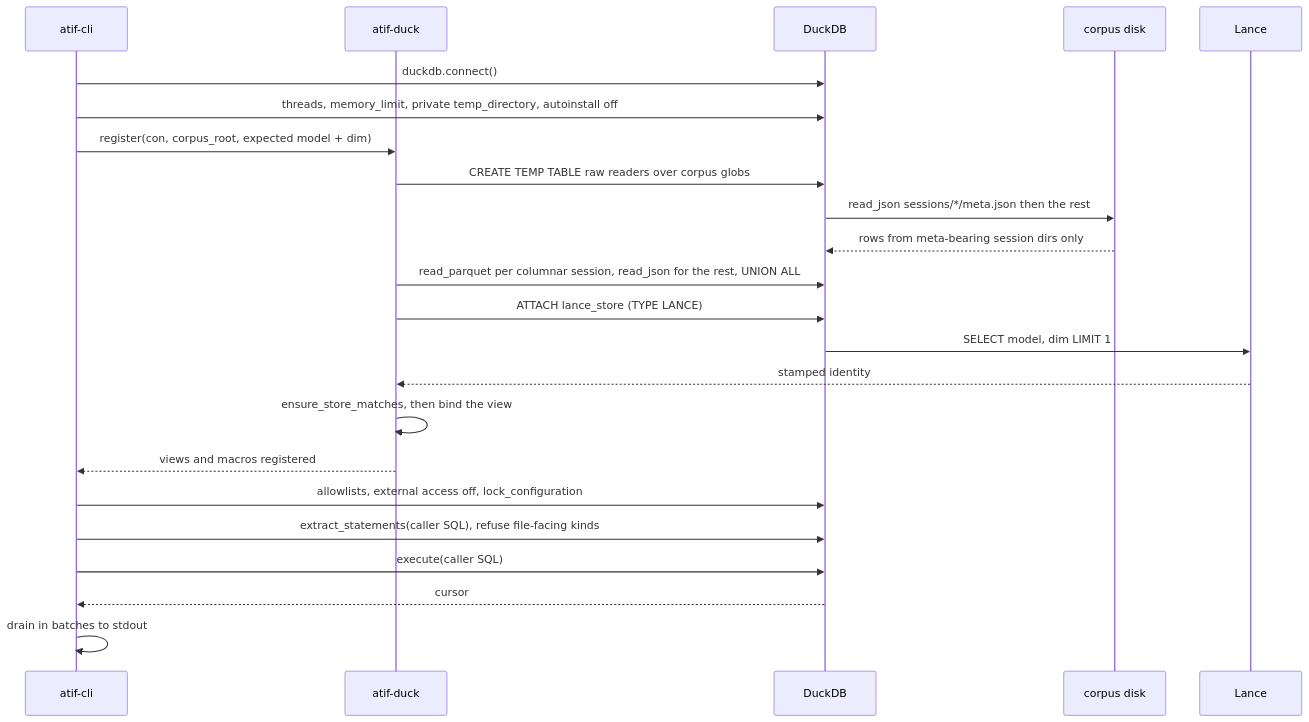
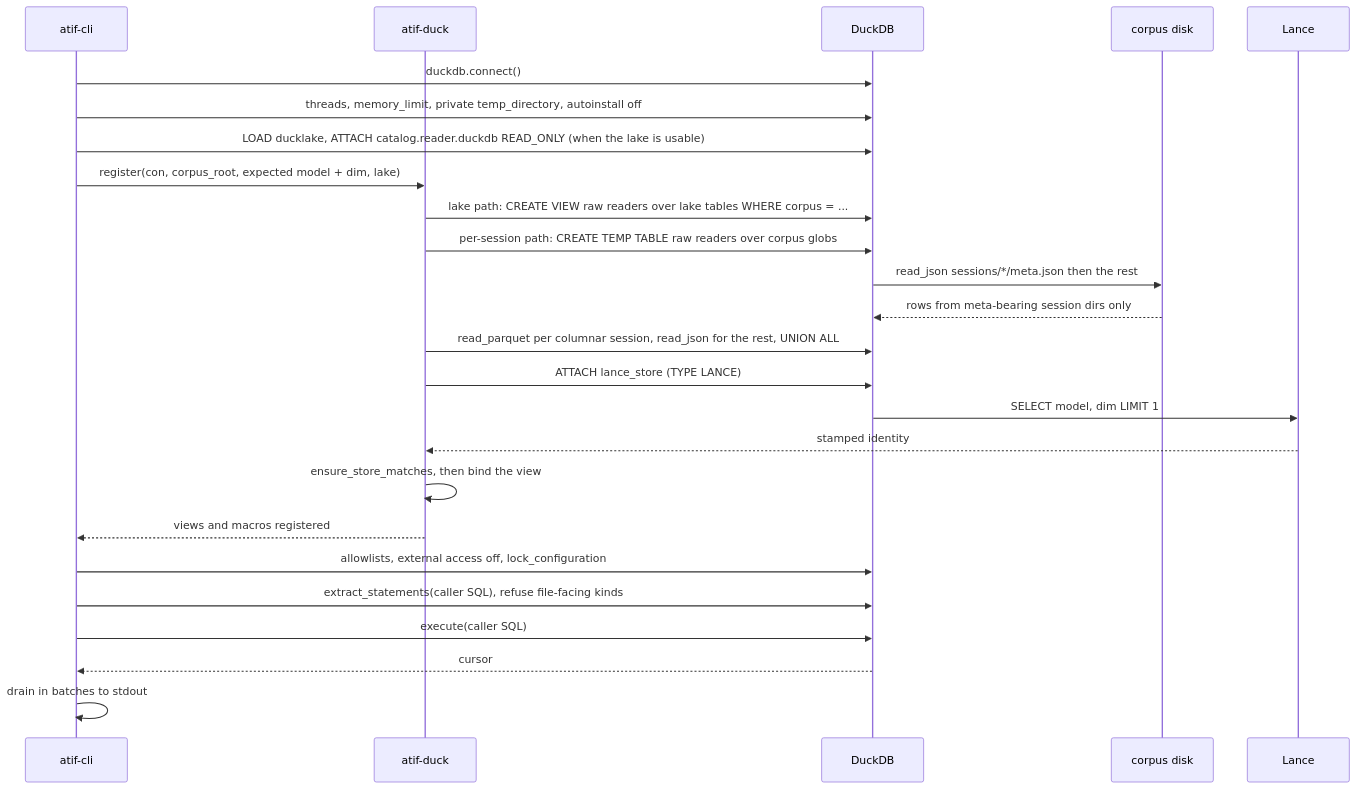
Before and after one commit to laithalsaadoon/atif-sql: the second of 3 diagrams in docs/architecture/data-flow.md, drawn with Mermaid. The commit also changed other lines of this file and 5 other files, not shown here.

Commit message:
docs: the DuckLake storage, the SessionSink port and the lake commands

````diff
--- a/docs/architecture/data-flow.md
+++ b/docs/architecture/data-flow.md
@@ -121,25 +156,27 @@
 ```mermaid
 sequenceDiagram
     participant CLI as atif-cli
     participant Duck as atif-duck
     participant DB as DuckDB
     participant Disk as corpus disk
 
     CLI->>DB: duckdb.connect()
     CLI->>DB: threads, memory_limit, private temp_directory, autoinstall off
-    CLI->>Duck: register(con, corpus_root, expected model + dim)
-    Duck->>DB: CREATE TEMP TABLE raw readers over corpus globs
+    CLI->>DB: LOAD ducklake, ATTACH catalog.reader.duckdb READ_ONLY (when the lake is usable)
+    CLI->>Duck: register(con, corpus_root, expected model + dim, lake)
+    Duck->>DB: lake path: CREATE VIEW raw readers over lake tables WHERE corpus = ...
+    Duck->>DB: per-session path: CREATE TEMP TABLE raw readers over corpus globs
     DB->>Disk: read_json sessions/*/meta.json then the rest
     Disk-->>DB: rows from meta-bearing session dirs only
     Duck->>DB: read_parquet per columnar session, read_json for the rest, UNION ALL
     Duck->>DB: ATTACH lance_store (TYPE LANCE)
     DB->>Lance: SELECT model, dim LIMIT 1
     Lance-->>Duck: stamped identity
     Duck->>Duck: ensure_store_matches, then bind the view
     Duck-->>CLI: views and macros registered
     CLI->>DB: allowlists, external access off, lock_configuration
     CLI->>DB: extract_statements(caller SQL), refuse file-facing kinds
     CLI->>DB: execute(caller SQL)
     DB-->>CLI: cursor
     CLI->>CLI: drain in batches to stdout
 ```
````
